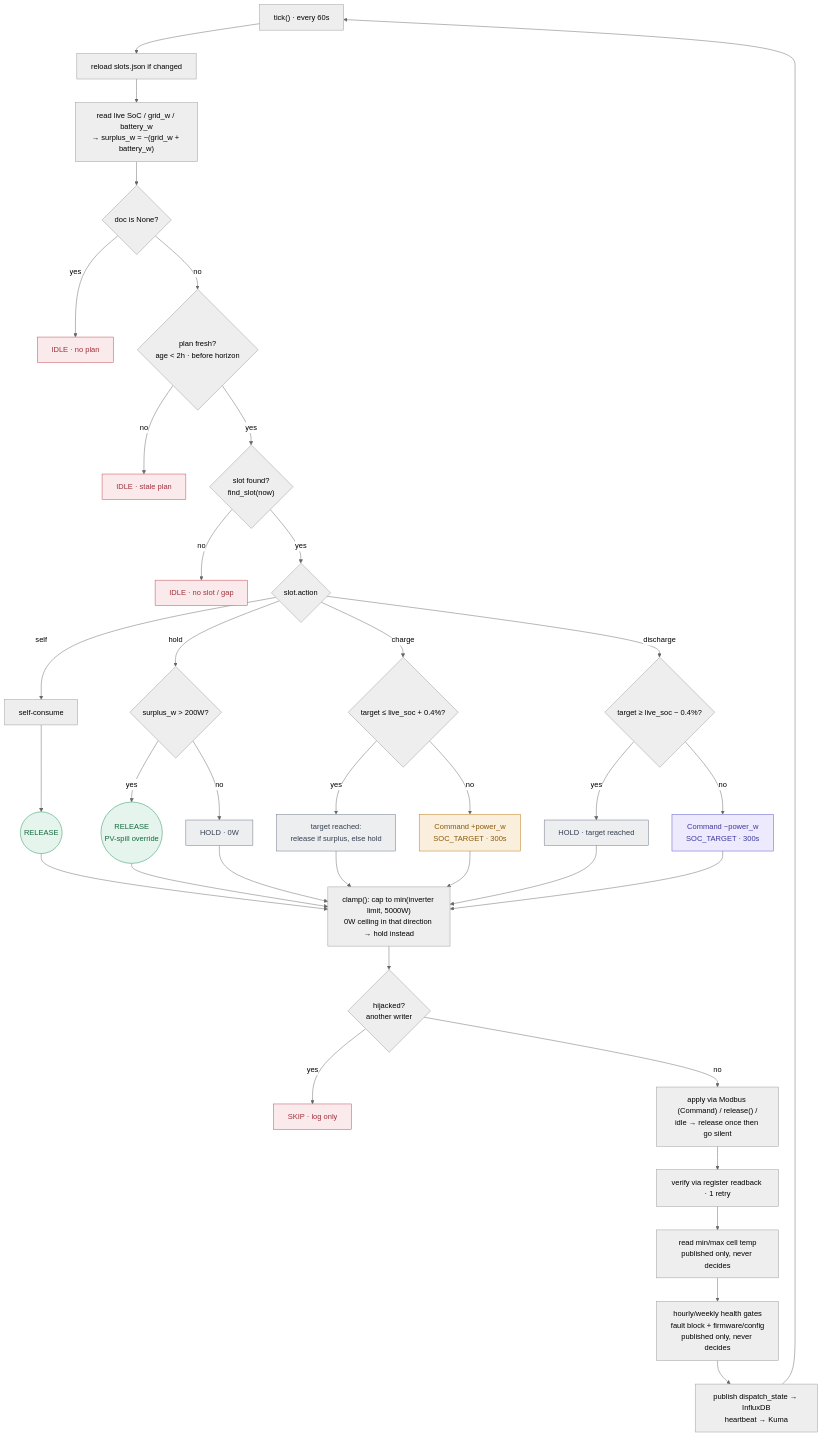
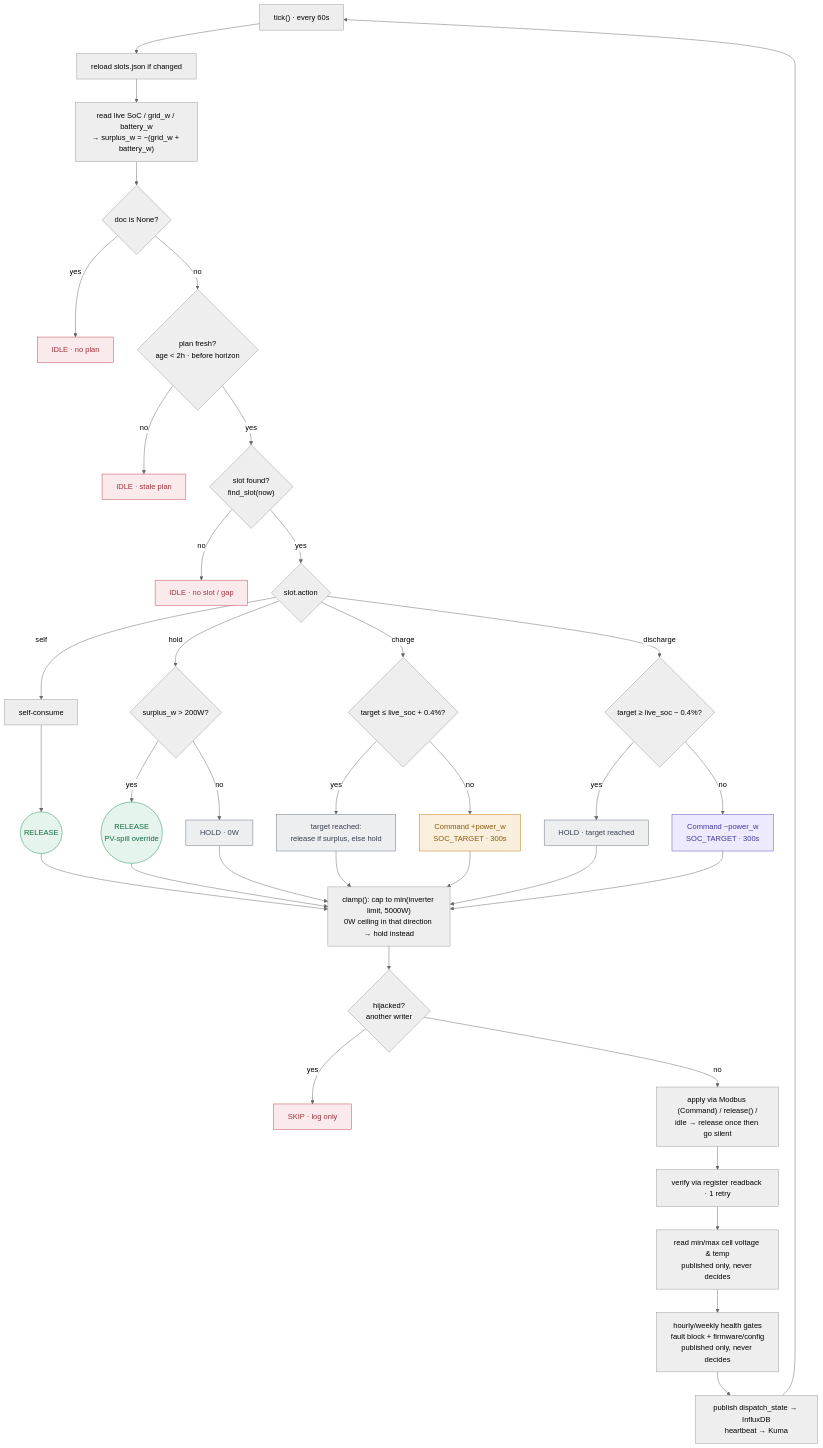
Before and after one commit to sandeepthukral/alphaess-collector: the second of 3 diagrams in docs/DISPATCH-FLOW.md, drawn with Mermaid (neutral theme). The commit also changed other lines of this file and 10 other files, not shown here.

````diff
--- a/docs/DISPATCH-FLOW.md
+++ b/docs/DISPATCH-FLOW.md
@@ -28,51 +28,51 @@
 ```mermaid
 flowchart TD
     A["tick() · every 60s"] --> B[reload slots.json if changed]
     B --> C["read live SoC / grid_w / battery_w<br/>→ surplus_w = −(grid_w + battery_w)"]
     C --> D{doc is None?}
     D -- yes --> IDLE1[IDLE · no plan]
     D -- no --> E{"plan fresh?<br/>age &lt; 2h · before horizon"}
     E -- no --> IDLE2[IDLE · stale plan]
     E -- yes --> F{"slot found?<br/>find_slot(now)"}
     F -- no --> IDLE3[IDLE · no slot / gap]
     F -- yes --> G{slot.action}
 
     G -- self --> SELF[self-consume] --> REL1((RELEASE))
     G -- hold --> H{surplus_w &gt; 200W?}
     H -- yes --> REL2(("RELEASE<br/>PV-spill override"))
     H -- no --> HOLD1["HOLD · 0W"]
     G -- charge --> I{"target ≤ live_soc + 0.4%?"}
     I -- yes --> J["target reached:<br/>release if surplus, else hold"]
     I -- no --> CHG["Command +power_w<br/>SOC_TARGET · 300s"]
     G -- discharge --> K{"target ≥ live_soc − 0.4%?"}
     K -- yes --> HOLD2["HOLD · target reached"]
     K -- no --> DIS["Command −power_w<br/>SOC_TARGET · 300s"]
 
     REL1 --> CLAMP
     REL2 --> CLAMP
     HOLD1 --> CLAMP
     J --> CLAMP
     CHG --> CLAMP
     HOLD2 --> CLAMP
     DIS --> CLAMP
 
     CLAMP["clamp(): cap to min(inverter limit, 5000W)<br/>0W ceiling in that direction → hold instead"] --> M{"hijacked?<br/>another writer"}
     M -- yes --> SKIP[SKIP · log only]
     M -- no --> N["apply via Modbus (Command) / release() /<br/>idle → release once then go silent"]
     N --> O[verify via register readback · 1 retry]
-    O --> TEMP["read min/max cell temp<br/>published only, never decides"]
+    O --> TEMP["read min/max cell voltage & temp<br/>published only, never decides"]
     TEMP --> HEALTH["hourly/weekly health gates<br/>fault block + firmware/config<br/>published only, never decides"]
     HEALTH --> PUB["publish dispatch_state → InfluxDB<br/>heartbeat → Kuma"]
     PUB --> A
 
     classDef release fill:#e5f4ec,stroke:#1f8f56,color:#166a3f;
     classDef hold fill:#eceef0,stroke:#6b7280,color:#374151;
     classDef charge fill:#faefdd,stroke:#b8790f,color:#8a5a0a;
     classDef discharge fill:#eceafc,stroke:#5b52c9,color:#4038a0;
     classDef idle fill:#faeaeb,stroke:#c14350,color:#a3323d;
     class REL1,REL2 release;
     class HOLD1,HOLD2,J hold;
     class CHG charge;
     class DIS discharge;
     class IDLE1,IDLE2,IDLE3,SKIP idle;
 ```
````
